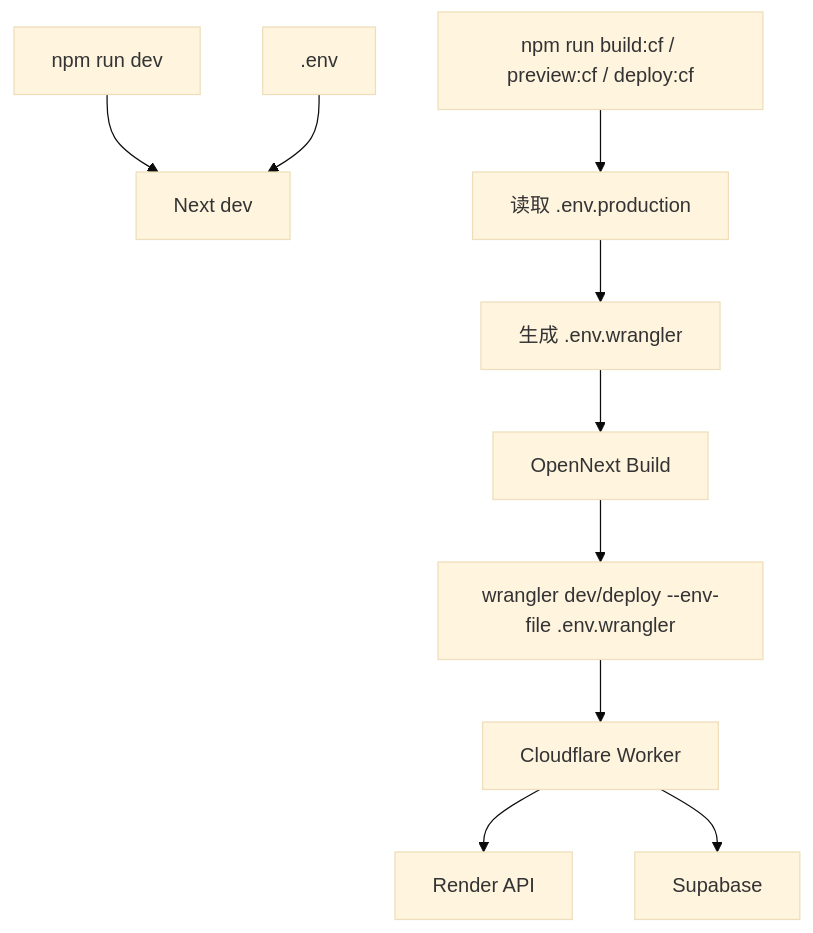
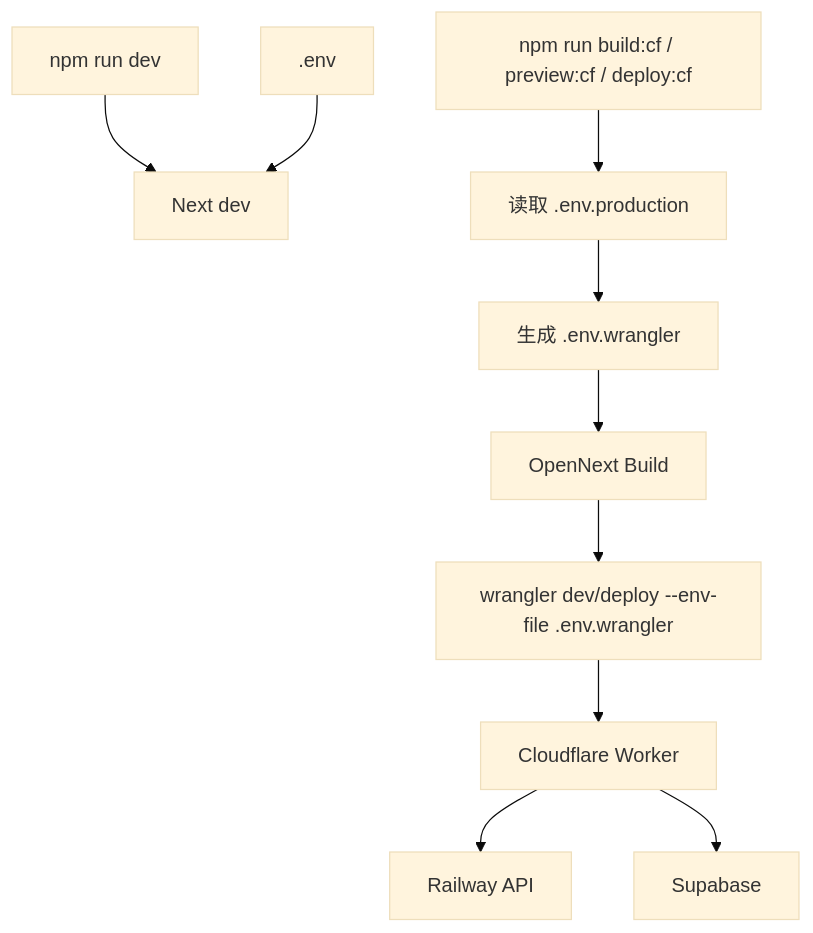
The diagram in docs/deploy.md (wangjpLancelote/RSS-bot), drawn with Mermaid (base theme) before and after one commit. The commit also changed other lines of this file and 5 other files, not shown here.

````diff
--- a/docs/deploy.md
+++ b/docs/deploy.md
@@ -17,13 +17,13 @@
 ```mermaid
 flowchart TD
   A["npm run dev"] --> B["Next dev"]
   C[".env"] --> B
 
   D["npm run build:cf / preview:cf / deploy:cf"] --> E["读取 .env.production"]
   E --> F["生成 .env.wrangler"]
   F --> G["OpenNext Build"]
   G --> H["wrangler dev/deploy --env-file .env.wrangler"]
   H --> I["Cloudflare Worker"]
-  I --> J["Render API"]
+  I --> J["Railway API"]
   I --> K["Supabase"]
 ```
````
